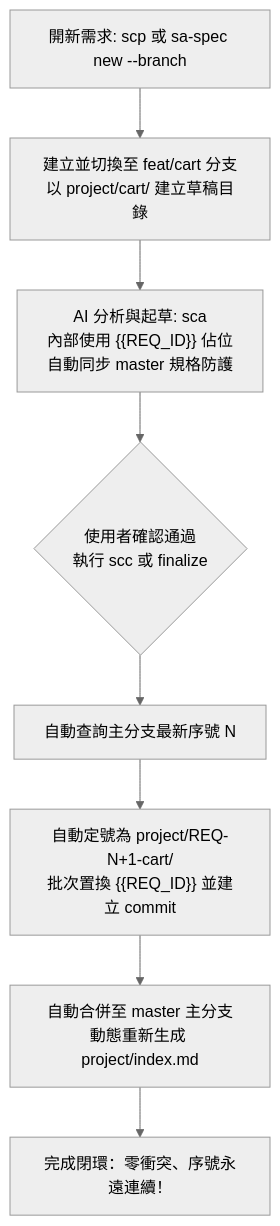
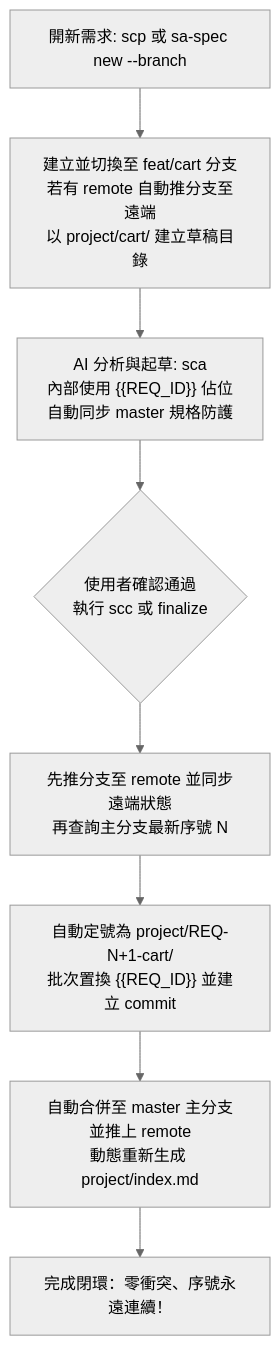
Before and after one commit to lovius215/ai_spec: the first of 2 diagrams in readme.md, drawn with Mermaid (neutral theme). The commit also changed other lines of this file and 12 other files, not shown here.

Commit message:
feat: 支援 Git Remote 自動推送鐵律 (scp/scc) 與 v0.2.6 定版

````diff
--- a/readme.md
+++ b/readme.md
@@ -398,10 +398,10 @@
 ```mermaid
 flowchart TD
-    A["開新需求: scp 或 sa-spec new --branch"] --> B["建立並切換至 feat/cart 分支<br/>以 project/cart/ 建立草稿目錄"]
+    A["開新需求: scp 或 sa-spec new --branch"] --> B["建立並切換至 feat/cart 分支<br/>若有 remote 自動推分支至遠端<br/>以 project/cart/ 建立草稿目錄"]
     B --> C["AI 分析與起草: sca<br/>內部使用 {{REQ_ID}} 佔位<br/>自動同步 master 規格防護"]
     C --> D{"使用者確認通過<br/>執行 scc 或 finalize"}
-    D --> E["自動查詢主分支最新序號 N"]
+    D --> E["先推分支至 remote 並同步遠端狀態<br/>再查詢主分支最新序號 N"]
     E --> F["自動定號為 project/REQ-N+1-cart/<br/>批次置換 {{REQ_ID}} 並建立 commit"]
-    F --> G["自動合併至 master 主分支<br/>動態重新生成 project/index.md"]
+    F --> G["自動合併至 master 主分支並推上 remote<br/>動態重新生成 project/index.md"]
     G --> H["完成閉環：零衝突、序號永遠連續！"]
 ```
````
